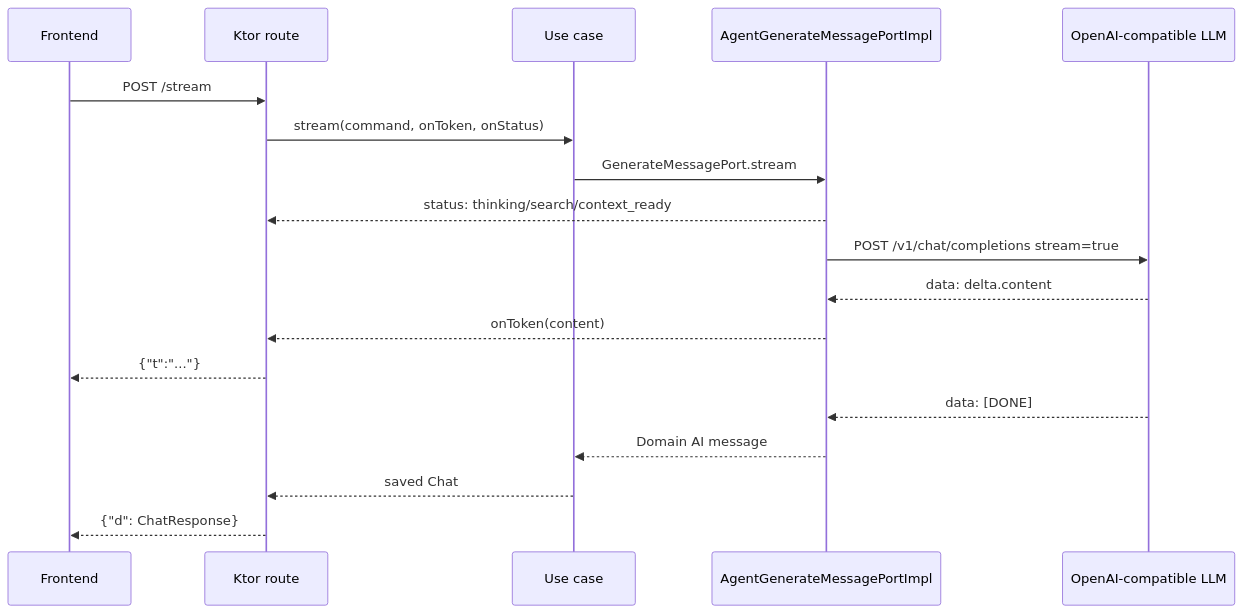
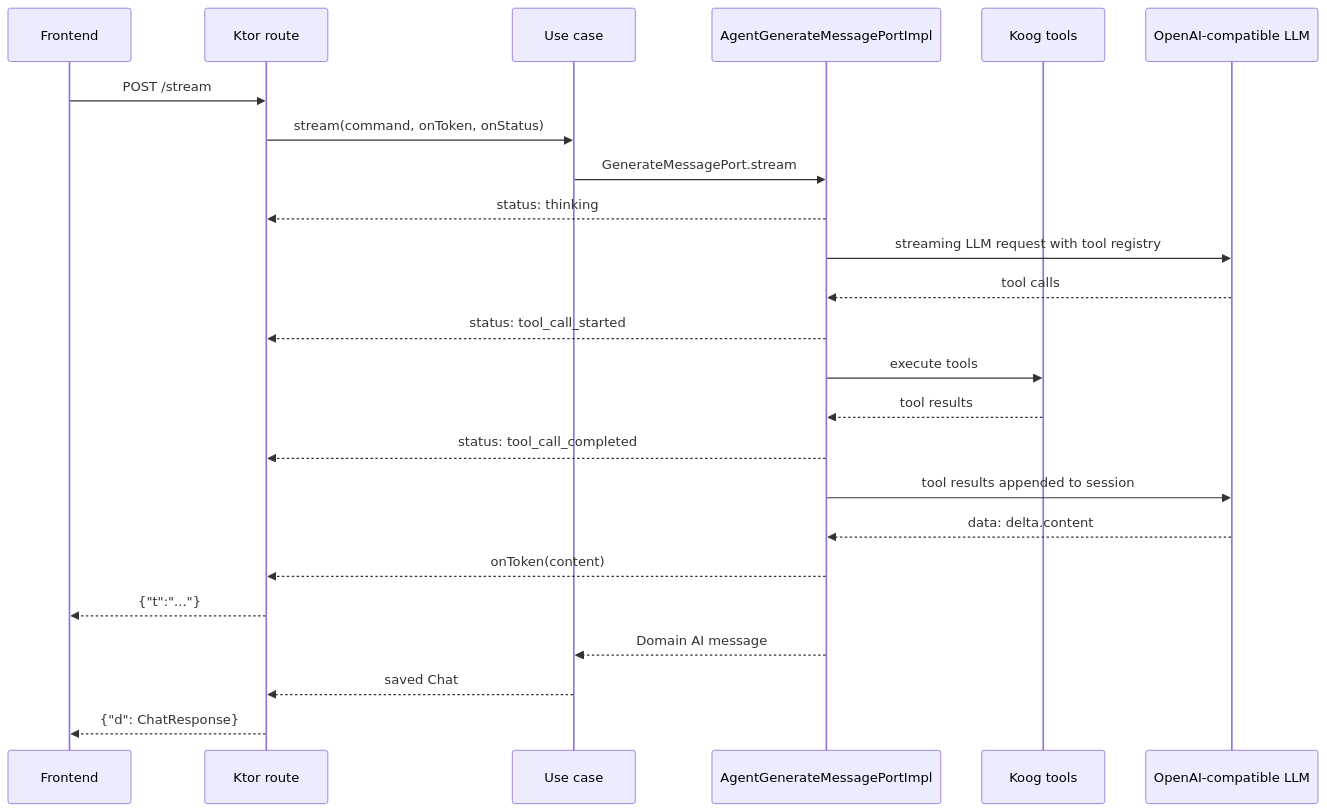
The ninth of 11 diagrams in DIPLOMA_DESCRIPTION.md (ErikGajiumarovi/gtu_ai_assistant), drawn with Mermaid before and after one commit. The commit also changed other lines of this file and 7 other files, not shown here.

````diff
--- a/DIPLOMA_DESCRIPTION.md
+++ b/DIPLOMA_DESCRIPTION.md
@@ -843,21 +883,27 @@
 ```mermaid
 sequenceDiagram
     participant F as Frontend
     participant R as Ktor route
     participant U as Use case
     participant A as AgentGenerateMessagePortImpl
+    participant T as Koog tools
     participant L as OpenAI-compatible LLM
 
     F->>R: POST /stream
     R->>U: stream(command, onToken, onStatus)
     U->>A: GenerateMessagePort.stream
-    A-->>R: status: thinking/search/context_ready
-    A->>L: POST /v1/chat/completions stream=true
+    A-->>R: status: thinking
+    A->>L: streaming LLM request with tool registry
+    L-->>A: tool calls
+    A-->>R: status: tool_call_started
+    A->>T: execute tools
+    T-->>A: tool results
+    A-->>R: status: tool_call_completed
+    A->>L: tool results appended to session
     L-->>A: data: delta.content
     A-->>R: onToken(content)
     R-->>F: {"t":"..."}
-    L-->>A: data: [DONE]
     A-->>U: Domain AI message
     U-->>R: saved Chat
     R-->>F: {"d": ChatResponse}
 ```
````
